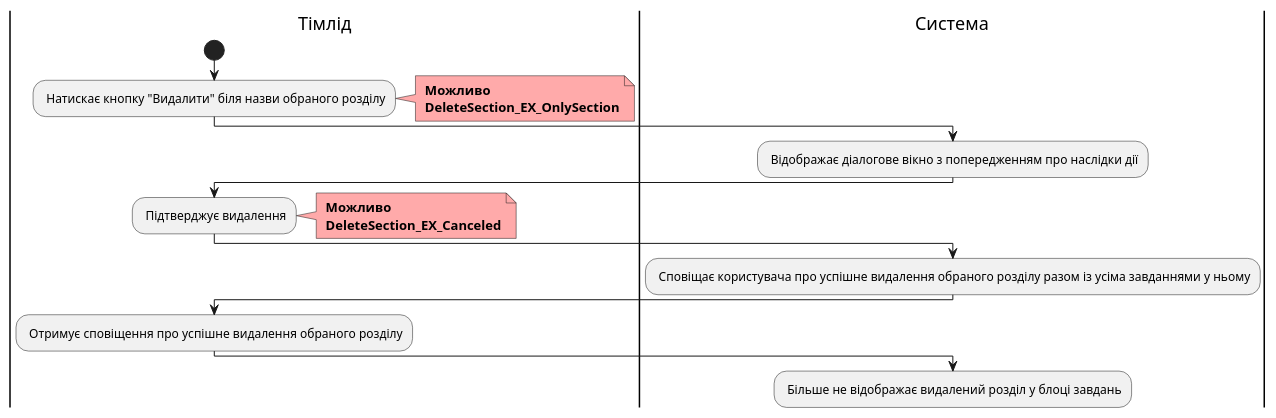
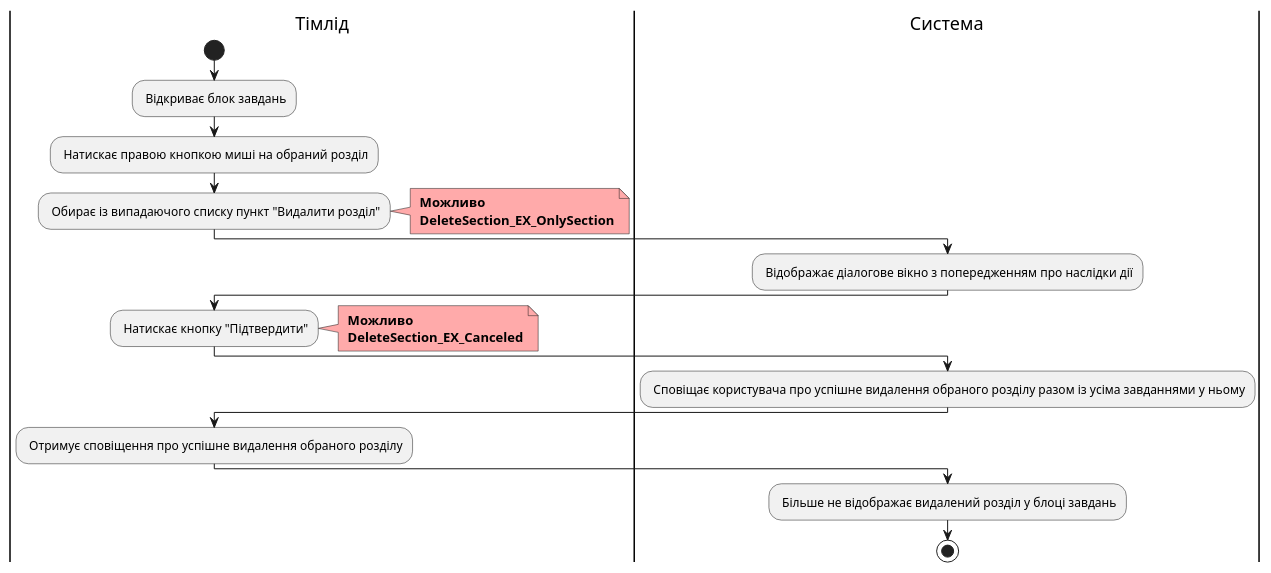
Diagram 11 of 19 in docs/use cases/README.md (boldak/edu-db-cw), drawn with PlantUML before and after one commit. The commit also changed other lines of this file and 1 other file, not shown here.

```diff
--- a/docs/use cases/README.md
+++ b/docs/use cases/README.md
@@ -683,30 +700,37 @@
 @startuml
 
     |Тімлід|
         start
-        : Натискає кнопку "Видалити" біля назви обраного розділу;
+        : Відкриває блок завдань;
+
+    |Тімлід|
+        : Натискає правою кнопкою миші на обраний розділ;
+
+    |Тімлід|
+        : Обирає із випадаючого списку пункт "Видалити розділ";
         note right #ffaaaa
         <b> Можливо
         <b> DeleteSection_EX_OnlySection
         end note
 
     |Система|
         : Відображає діалогове вікно з попередженням про наслідки дії;
 
     |Тімлід|
-        : Підтверджує видалення;
+        : Натискає кнопку "Підтвердити";
         note right #ffaaaa
         <b> Можливо
         <b> DeleteSection_EX_Canceled
         end note
 
     |Система|
         : Сповіщає користувача про успішне видалення обраного розділу разом із усіма завданнями у ньому;
 
     |Тімлід|
         : Отримує сповіщення про успішне видалення обраного розділу;  
 
     |Система|
-        : Більше не відображає видалений розділ у блоці завдань;  
+        : Більше не відображає видалений розділ у блоці завдань;
+        stop;  
 
 @enduml
```
